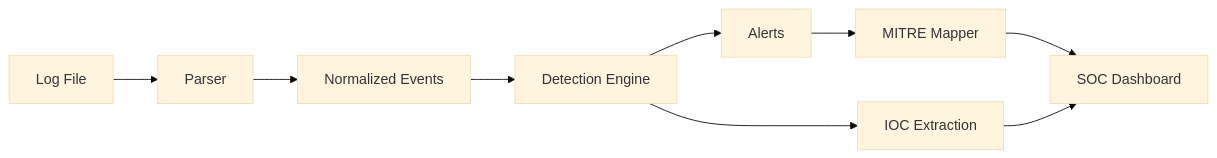
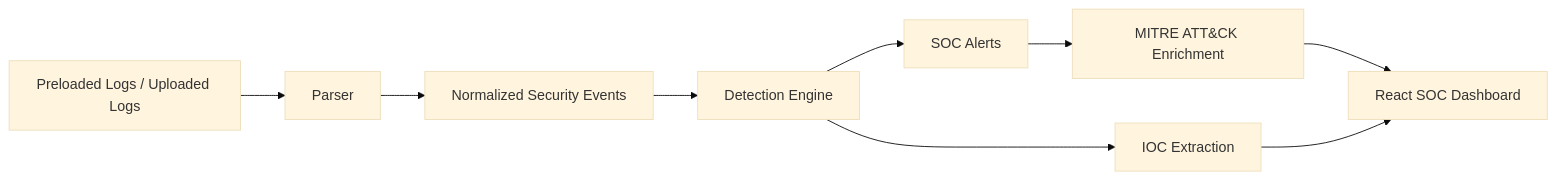
One commit to karnamsuchit/soc-web-platform changed the diagram in README.md. Above: the diagram before and after it, drawn with Mermaid (base theme). The commit also changed other lines of this file and 19 other files, not shown here.

````diff
--- a/README.md
+++ b/README.md
@@ -114,11 +35,11 @@
 ```mermaid
 flowchart LR
-  A["Log File"] --> B["Parser"]
-  B --> C["Normalized Events"]
+  A["Preloaded Logs / Uploaded Logs"] --> B["Parser"]
+  B --> C["Normalized Security Events"]
   C --> D["Detection Engine"]
-  D --> E["Alerts"]
+  D --> E["SOC Alerts"]
   D --> F["IOC Extraction"]
-  E --> G["MITRE Mapper"]
-  G --> H["SOC Dashboard"]
+  E --> G["MITRE ATT&CK Enrichment"]
+  G --> H["React SOC Dashboard"]
   F --> H
 ```
````
